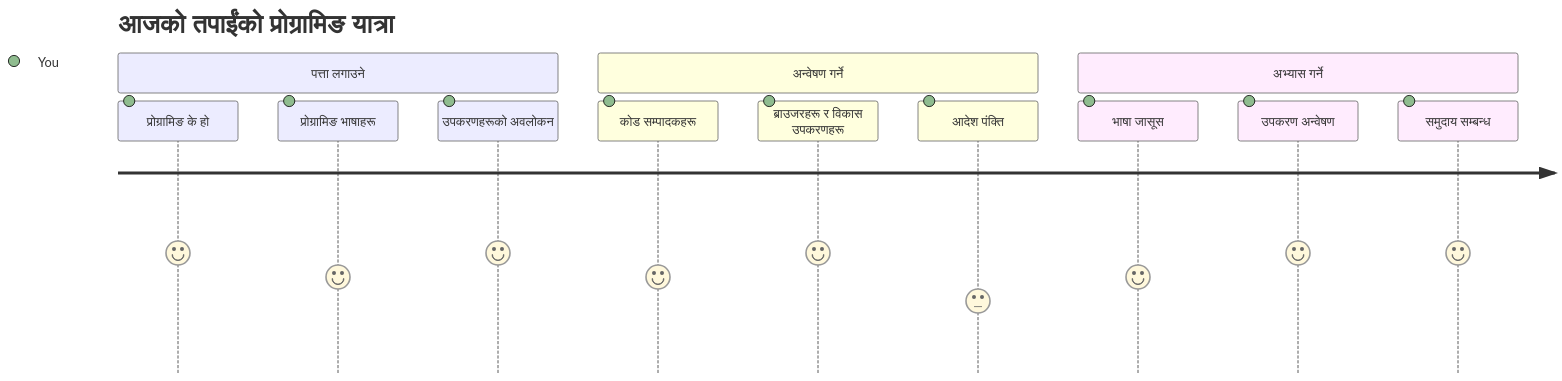
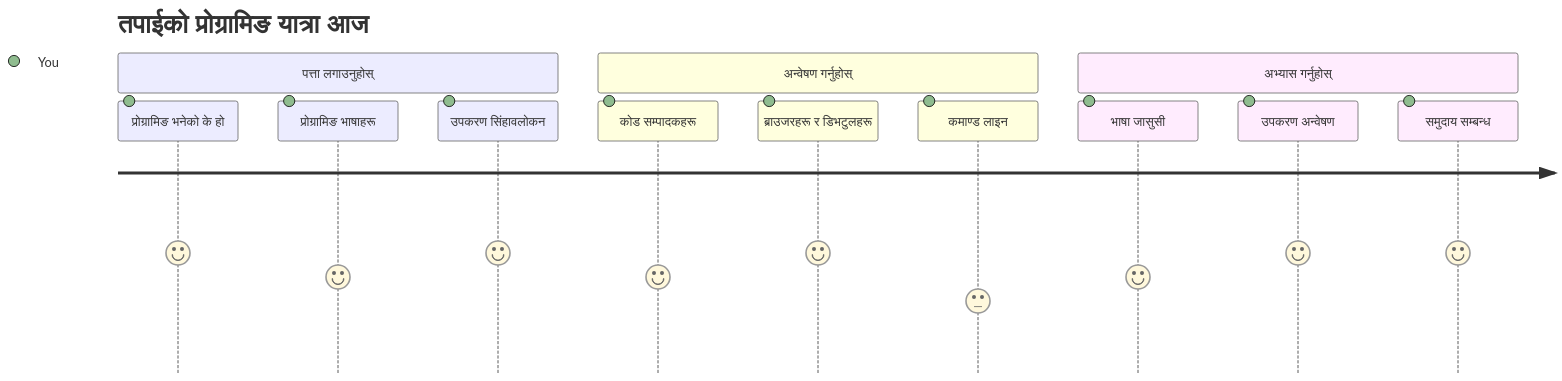
Before and after one commit to microsoft/Web-Dev-For-Beginners: the first of 7 diagrams in translations/ne/1-getting-started-lessons/1-intro-to-programming-languages/README.md, drawn with Mermaid. The commit also changed other lines of this file and 11 other files, not shown here.

````diff
--- a/translations/ne/1-getting-started-lessons/1-intro-to-programming-languages/README.md
+++ b/translations/ne/1-getting-started-lessons/1-intro-to-programming-languages/README.md
@@ -14,16 +14,16 @@
 ```mermaid
 journey
-    title आजको तपाईंको प्रोग्रामिङ यात्रा
-    section पत्ता लगाउने
-      प्रोग्रामिङ के हो: 5: You
+    title तपाईको प्रोग्रामिङ यात्रा आज
+    section पत्ता लगाउनुहोस्
+      प्रोग्रामिङ भनेको के हो: 5: You
       प्रोग्रामिङ भाषाहरू: 4: You
-      उपकरणहरूको अवलोकन: 5: You
-    section अन्वेषण गर्ने
+      उपकरण सिंहावलोकन: 5: You
+    section अन्वेषण गर्नुहोस्
       कोड सम्पादकहरू: 4: You
-      ब्राउजरहरू र विकास उपकरणहरू: 5: You
-      आदेश पंक्ति: 3: You
-    section अभ्यास गर्ने
-      भाषा जासूस: 4: You
+      ब्राउजरहरू र डिभटुलहरू: 5: You
+      कमाण्ड लाइन: 3: You
+    section अभ्यास गर्नुहोस्
+      भाषा जासुसी: 4: You
       उपकरण अन्वेषण: 5: You
       समुदाय सम्बन्ध: 5: You
 ```
````
